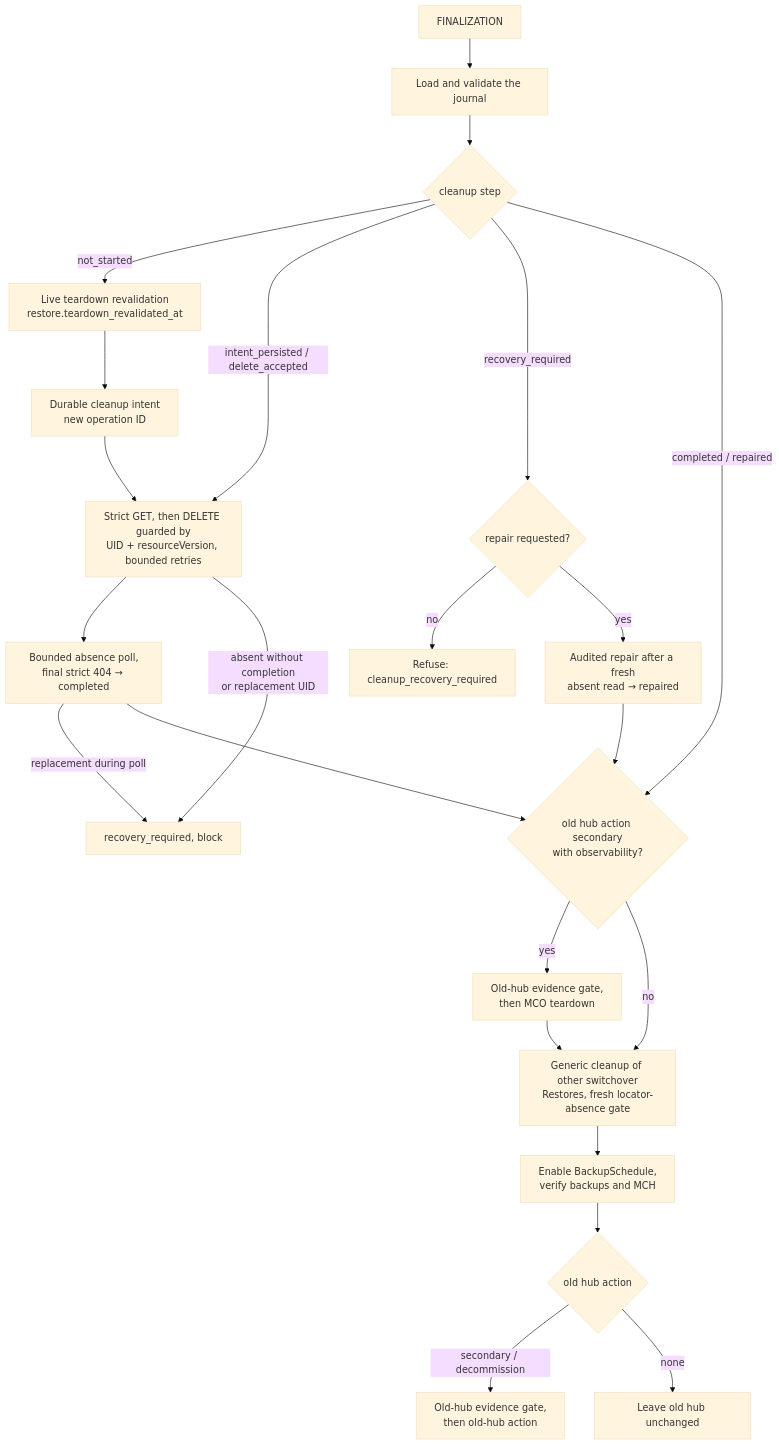
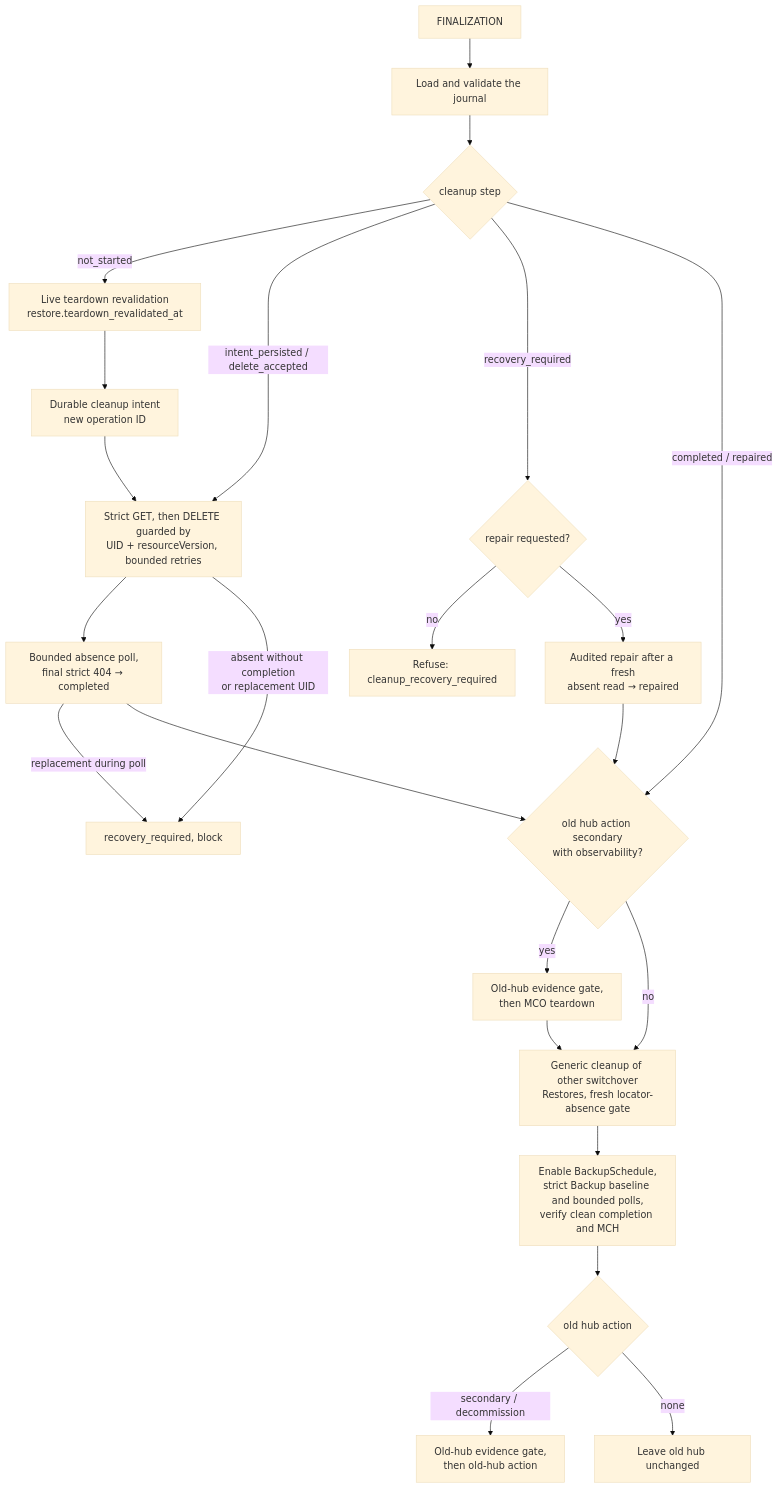
The third of 4 diagrams in docs/development/architecture.md (tomazb/rh-acm-switchover), drawn with Mermaid (base theme) before and after one commit. The commit also changed other lines of this file and 9 other files, not shown here.

Commit message:
fix: require strict backup inventory for finalization continuity

````diff
--- a/docs/development/architecture.md
+++ b/docs/development/architecture.md
@@ -459,25 +465,25 @@
 ```mermaid
 flowchart TD
     A[FINALIZATION] --> B[Load and validate the journal]
     B --> C{cleanup step}
     C -->|not_started| D[Live teardown revalidation<br/>restore.teardown_revalidated_at]
     D --> E[Durable cleanup intent<br/>new operation ID]
     E --> F
     C -->|intent_persisted / delete_accepted| F[Strict GET, then DELETE guarded by<br/>UID + resourceVersion, bounded retries]
     F --> G[Bounded absence poll,<br/>final strict 404 → completed]
     C -->|recovery_required| R{repair requested?}
     R -->|no| X[Refuse: cleanup_recovery_required]
     R -->|yes| S[Audited repair after a fresh<br/>absent read → repaired]
     F -->|absent without completion<br/>or replacement UID| Y[recovery_required, block]
     G -->|replacement during poll| Y
     C -->|completed / repaired| H
     G --> H
     S --> H
     H{old hub action secondary<br/>with observability?} -->|yes| I[Old-hub evidence gate,<br/>then MCO teardown]
     H -->|no| J
     I --> J[Generic cleanup of other switchover<br/>Restores, fresh locator-absence gate]
-    J --> K[Enable BackupSchedule,<br/>verify backups and MCH]
+    J --> K[Enable BackupSchedule,<br/>strict Backup baseline and bounded polls,<br/>verify clean completion and MCH]
     K --> L{old hub action}
     L -->|secondary / decommission| M[Old-hub evidence gate,<br/>then old-hub action]
     L -->|none| N[Leave old hub unchanged]
 ```
````
